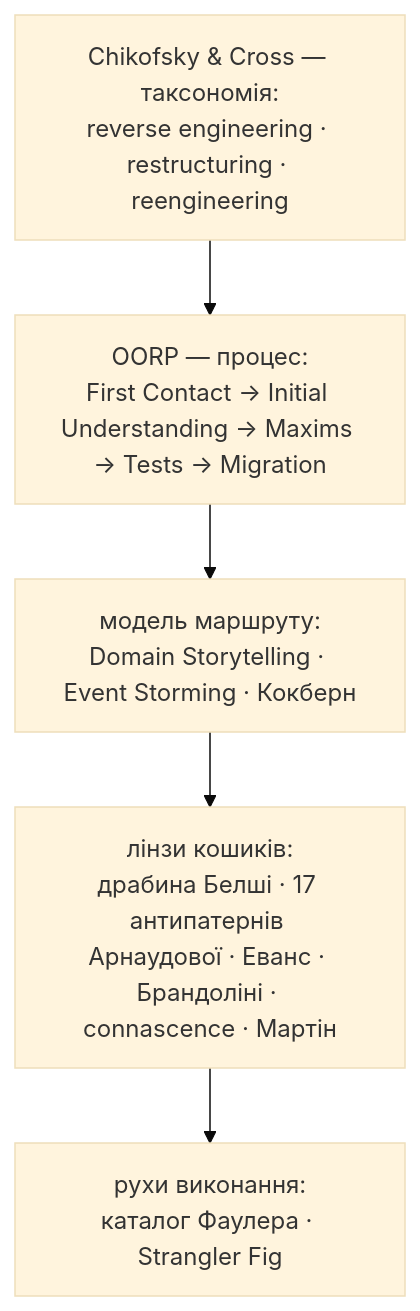
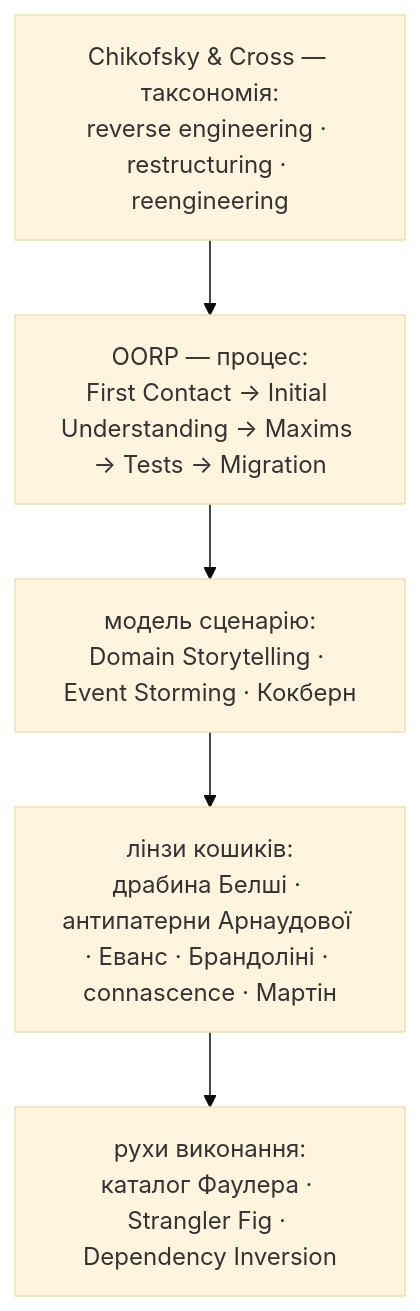
One commit to romxnb/restrukt changed the first of 3 diagrams in README.md. Above: the diagram before and after it, drawn with Mermaid (base theme). The commit also changed other lines of this file and 30 other files, not shown here.

````diff
--- a/README.md
+++ b/README.md
@@ -5,8 +5,8 @@
 ```mermaid
 flowchart TB
   T[Chikofsky & Cross — таксономія:<br/>reverse engineering · restructuring · reengineering] --> P
   P[OORP — процес:<br/>First Contact → Initial Understanding → Maxims → Tests → Migration] --> D
-  D[модель маршруту:<br/>Domain Storytelling · Event Storming · Кокберн] --> L
-  L[лінзи кошиків:<br/>драбина Белші · 17 антипатернів Арнаудової · Еванс · Брандоліні · connascence · Мартін] --> M
-  M[рухи виконання:<br/>каталог Фаулера · Strangler Fig]
+  D[модель сценарію:<br/>Domain Storytelling · Event Storming · Кокберн] --> L
+  L[лінзи кошиків:<br/>драбина Белші · антипатерни Арнаудової · Еванс · Брандоліні · connascence · Мартін] --> M
+  M[рухи виконання:<br/>каталог Фаулера · Strangler Fig · Dependency Inversion]
 ```
````
